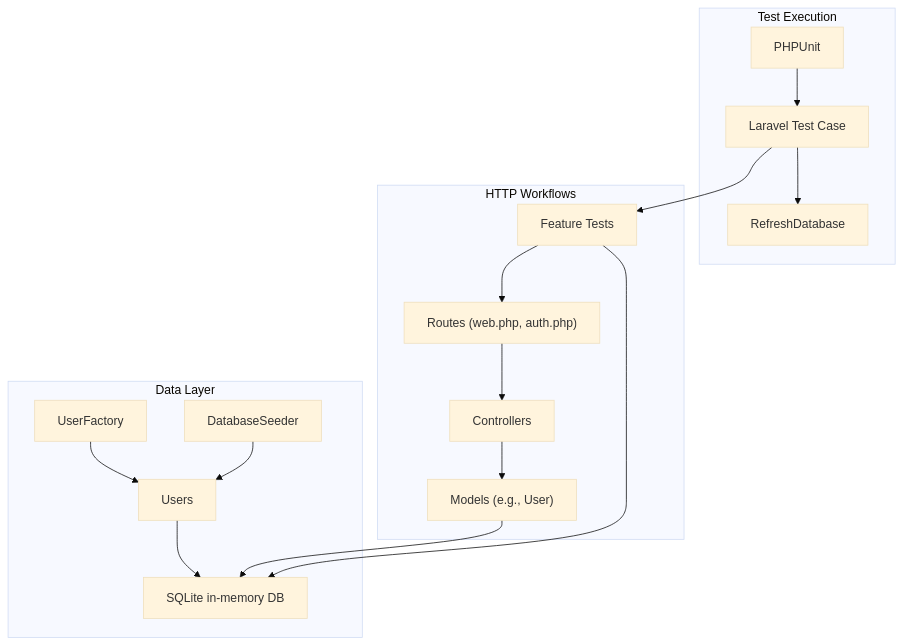
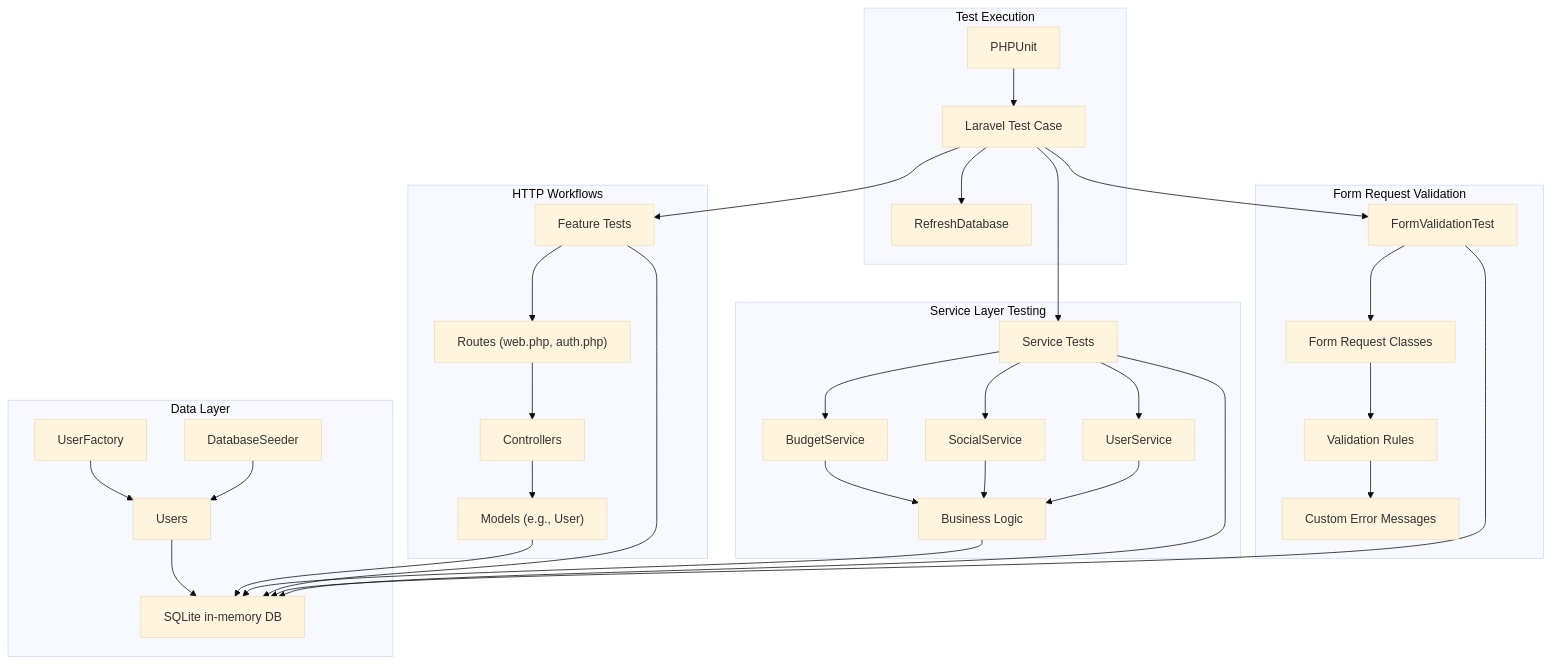
Before and after one commit to VenokM05/Travel_Project: the second of 11 diagrams in .qoder/repowiki/en/content/Testing Strategy.md, drawn with Mermaid (base theme). The commit also changed other lines of this file and 12 other files, not shown here.

````diff
--- a/.qoder/repowiki/en/content/Testing Strategy.md
+++ b/.qoder/repowiki/en/content/Testing Strategy.md
@@ -97,20 +131,38 @@
 ```mermaid
 graph TB
 subgraph "Test Execution"
-J["PHPUnit"] --> K["Laravel Test Case"]
-K --> L["RefreshDatabase"]
+L["PHPUnit"] --> M["Laravel Test Case"]
+M --> N["RefreshDatabase"]
 end
 subgraph "Data Layer"
-M["UserFactory"] --> N["Users"]
-O["DatabaseSeeder"] --> N
-N --> P["SQLite in-memory DB"]
+O["UserFactory"] --> P["Users"]
+Q["DatabaseSeeder"] --> P
+P --> R["SQLite in-memory DB"]
 end
 subgraph "HTTP Workflows"
-Q["Feature Tests"] --> R["Routes (web.php, auth.php)"]
-R --> S["Controllers"]
-S --> T["Models (e.g., User)"]
-T --> P
+S["Feature Tests"] --> T["Routes (web.php, auth.php)"]
+T --> U["Controllers"]
+U --> V["Models (e.g., User)"]
+V --> R
 end
-K --> Q
-Q --> P
+subgraph "Form Request Validation"
+W["FormValidationTest"] --> X["Form Request Classes"]
+X --> Y["Validation Rules"]
+Y --> Z["Custom Error Messages"]
+end
+subgraph "Service Layer Testing"
+AA["Service Tests"] --> BB["BudgetService"]
+AA --> CC["SocialService"]
+AA --> DD["UserService"]
+BB --> EE["Business Logic"]
+CC --> EE
+DD --> EE
+EE --> R
+end
+M --> S
+M --> W
+M --> AA
+S --> R
+W --> R
+AA --> R
 ```
````
